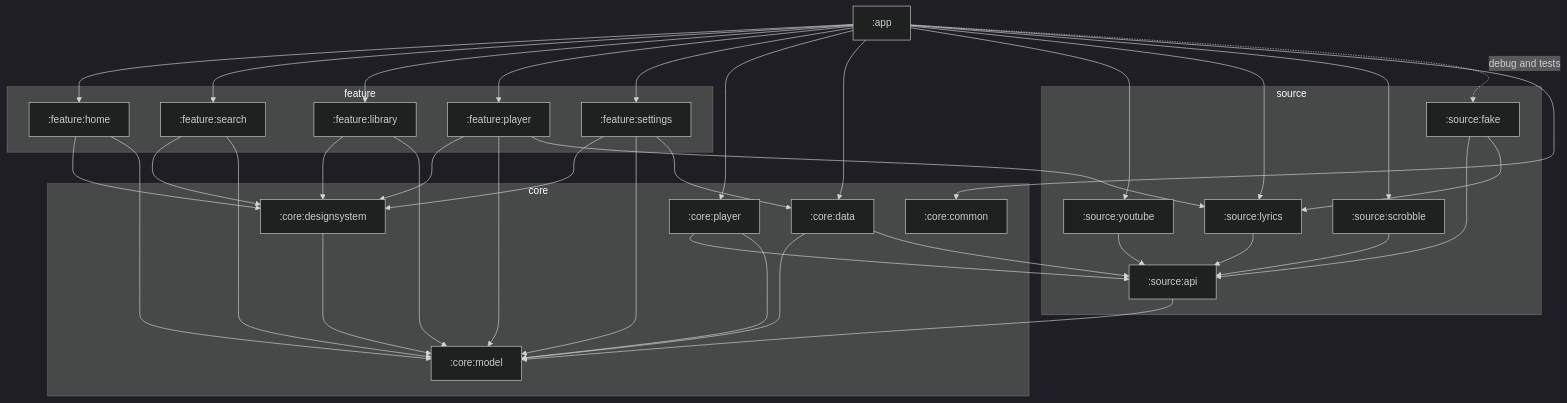
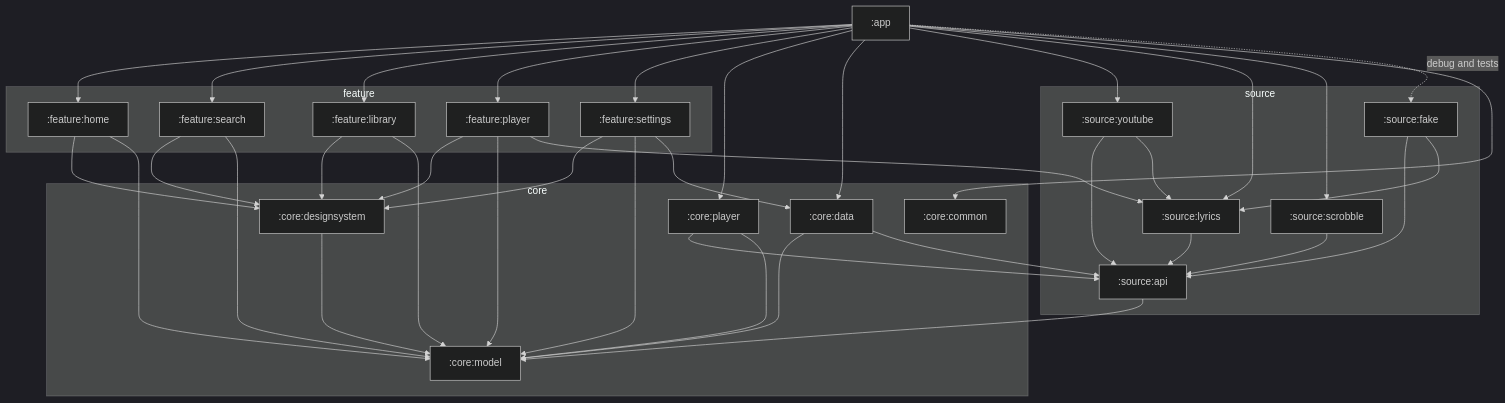
Before and after one commit to muhib-karim/sitara: the first of 8 diagrams in docs/ARCHITECTURE.md, drawn with Mermaid (dark theme). The commit also changed other lines of this file and 35 other files, not shown here.

Commit message:
docs: polish slice 9 (lyrics II): baselines from Record screenshots 39623292502, CHANGELOG, README, PARITY, ARCHITECTURE (sources, ranking, caches, translation and their terms), NOTICE, SKILLS_USED, report and project brain

````diff
--- a/docs/ARCHITECTURE.md
+++ b/docs/ARCHITECTURE.md
@@ -40,45 +40,45 @@
 ```mermaid
 graph TD
     app[":app"]
 
     subgraph feature
         home[":feature:home"]
         search[":feature:search"]
         library[":feature:library"]
         fplayer[":feature:player"]
         settings[":feature:settings"]
     end
 
     subgraph core
         designsystem[":core:designsystem"]
         cplayer[":core:player"]
         data[":core:data"]
         common[":core:common"]
         model[":core:model"]
     end
 
     subgraph source
         api[":source:api"]
         fake[":source:fake"]
         lyrics[":source:lyrics"]
         youtube[":source:youtube"]
         scrobble[":source:scrobble"]
     end
 
     app --> home & search & library & fplayer & settings
     app --> cplayer & data & youtube & lyrics & scrobble & common
     app -. debug and tests .-> fake
     home & search & library & fplayer & settings --> designsystem
     home & search & library & fplayer & settings --> model
     fplayer --> lyrics
     settings --> data
     cplayer --> api & model
     data --> model
     designsystem --> model
     fake --> api & lyrics
-    youtube --> api
+    youtube --> api & lyrics
     lyrics --> api
     scrobble --> api
     data --> api
     api --> model
 ```
````
